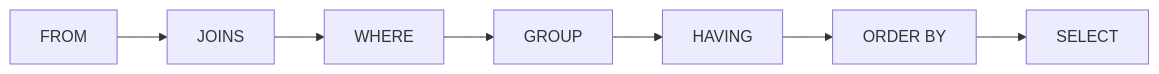
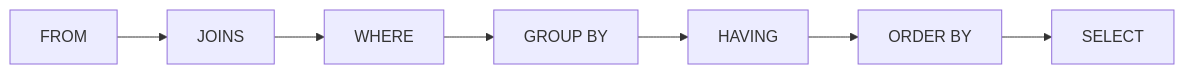
One commit to sovan92/LeetCodePractice changed the diagram in SQL/sqlnotes.md. Above: the diagram before and after it, drawn with Mermaid.

````diff
--- a/SQL/sqlnotes.md
+++ b/SQL/sqlnotes.md
@@ -171,9 +171,9 @@
 ```mermaid
 flowchart LR;
     FROM-->JOINS;
     JOINS-->WHERE;
-    WHERE-->GROUP;
-    GROUP-->HAVING;
+    WHERE-->GROUP[GROUP BY];
+    GROUP[GROUP BY]-->HAVING;
     HAVING-->ORDER[ORDER BY];
     ORDER[ORDER BY]-->SELECT;
 ```
````
